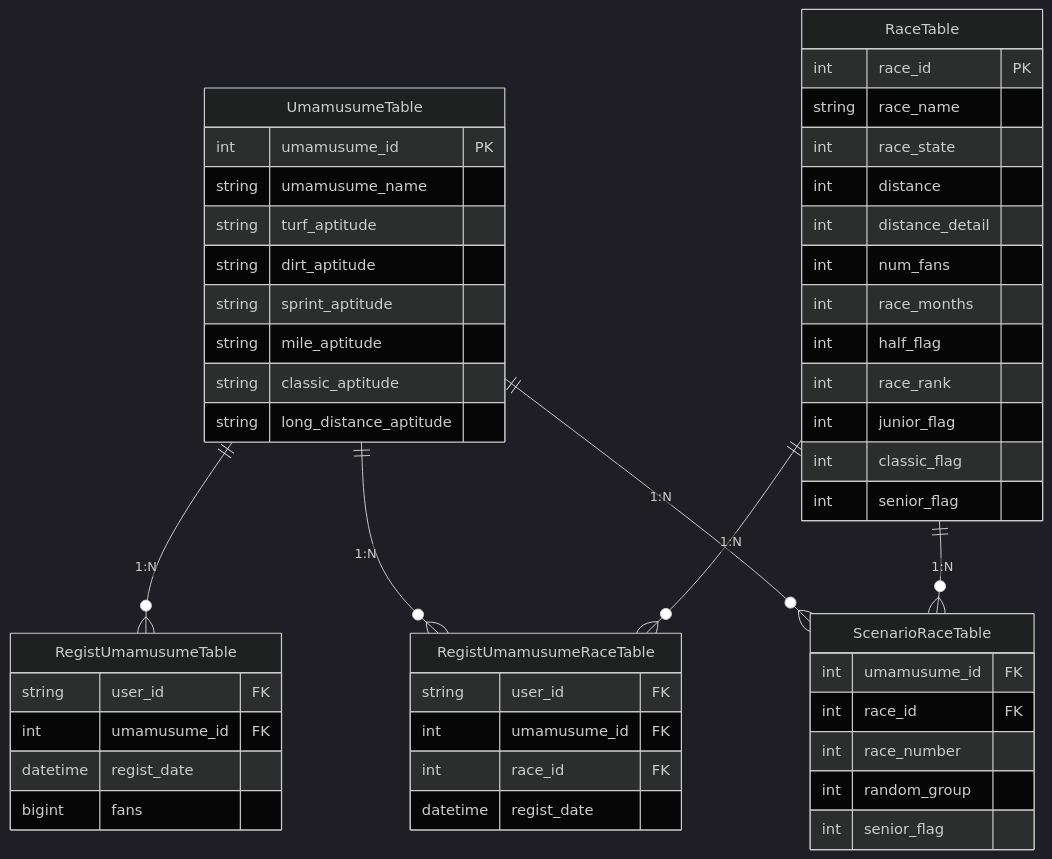
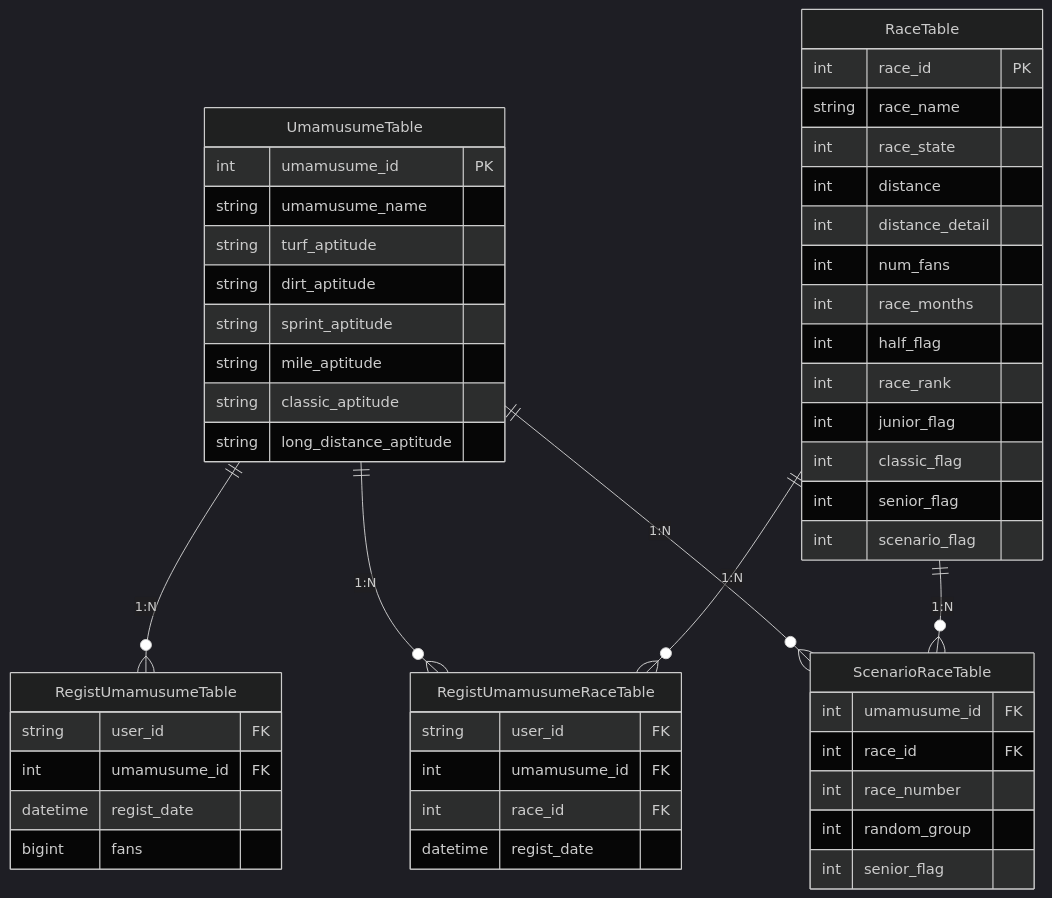
Before and after one commit to Spepepepe/Uma_Crown_Simulator: the diagram in docs/architecture.md, drawn with Mermaid (dark theme). The commit also changed other lines of this file and 11 other files, not shown here.

````diff
--- a/docs/architecture.md
+++ b/docs/architecture.md
@@ -153,56 +162,57 @@
 ```mermaid
 erDiagram
     UmamusumeTable ||--o{ RegistUmamusumeTable : "1:N"
     UmamusumeTable ||--o{ RegistUmamusumeRaceTable : "1:N"
     UmamusumeTable ||--o{ ScenarioRaceTable : "1:N"
     RaceTable ||--o{ RegistUmamusumeRaceTable : "1:N"
     RaceTable ||--o{ ScenarioRaceTable : "1:N"
 
     UmamusumeTable {
         int umamusume_id PK
         string umamusume_name
         string turf_aptitude
         string dirt_aptitude
         string sprint_aptitude
         string mile_aptitude
         string classic_aptitude
         string long_distance_aptitude
     }
 
     RaceTable {
         int race_id PK
         string race_name
         int race_state
         int distance
         int distance_detail
         int num_fans
         int race_months
         int half_flag
         int race_rank
         int junior_flag
         int classic_flag
         int senior_flag
+        int scenario_flag
     }
 
     RegistUmamusumeTable {
         string user_id FK
         int umamusume_id FK
         datetime regist_date
         bigint fans
     }
 
     RegistUmamusumeRaceTable {
         string user_id FK
         int umamusume_id FK
         int race_id FK
         datetime regist_date
     }
 
     ScenarioRaceTable {
         int umamusume_id FK
         int race_id FK
         int race_number
         int random_group
         int senior_flag
     }
 ```
````
